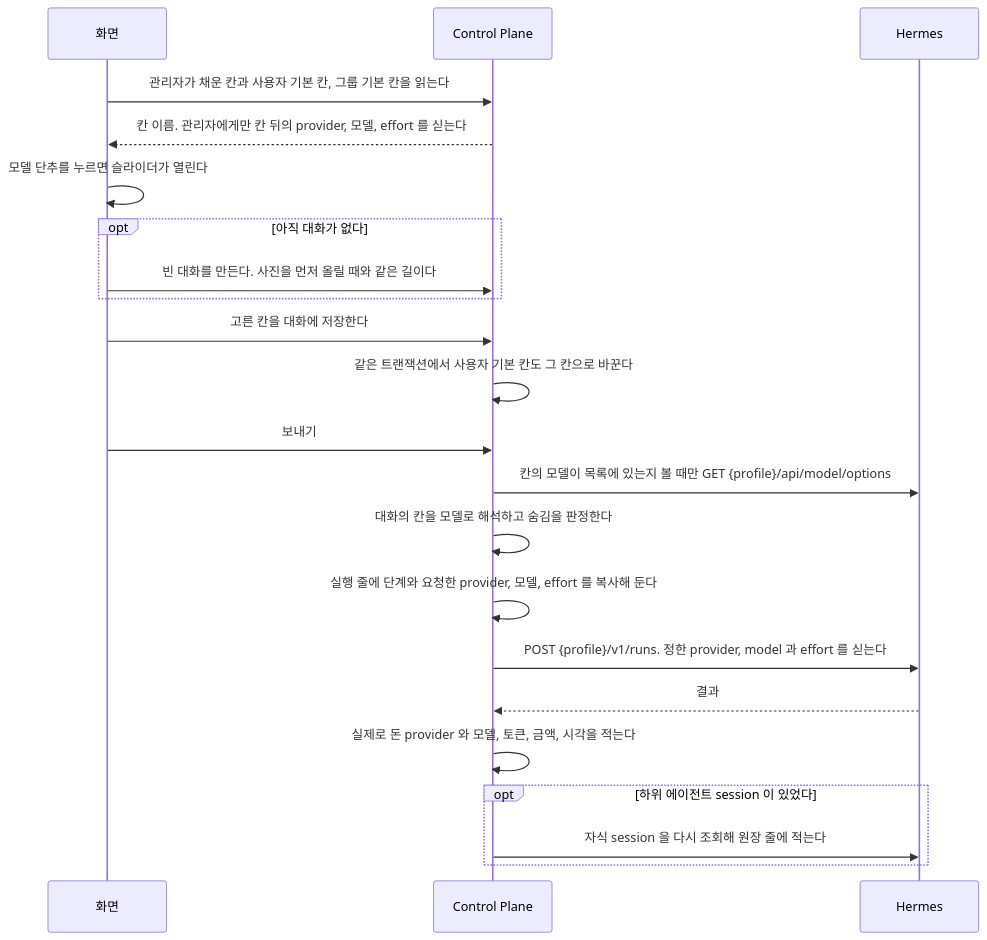
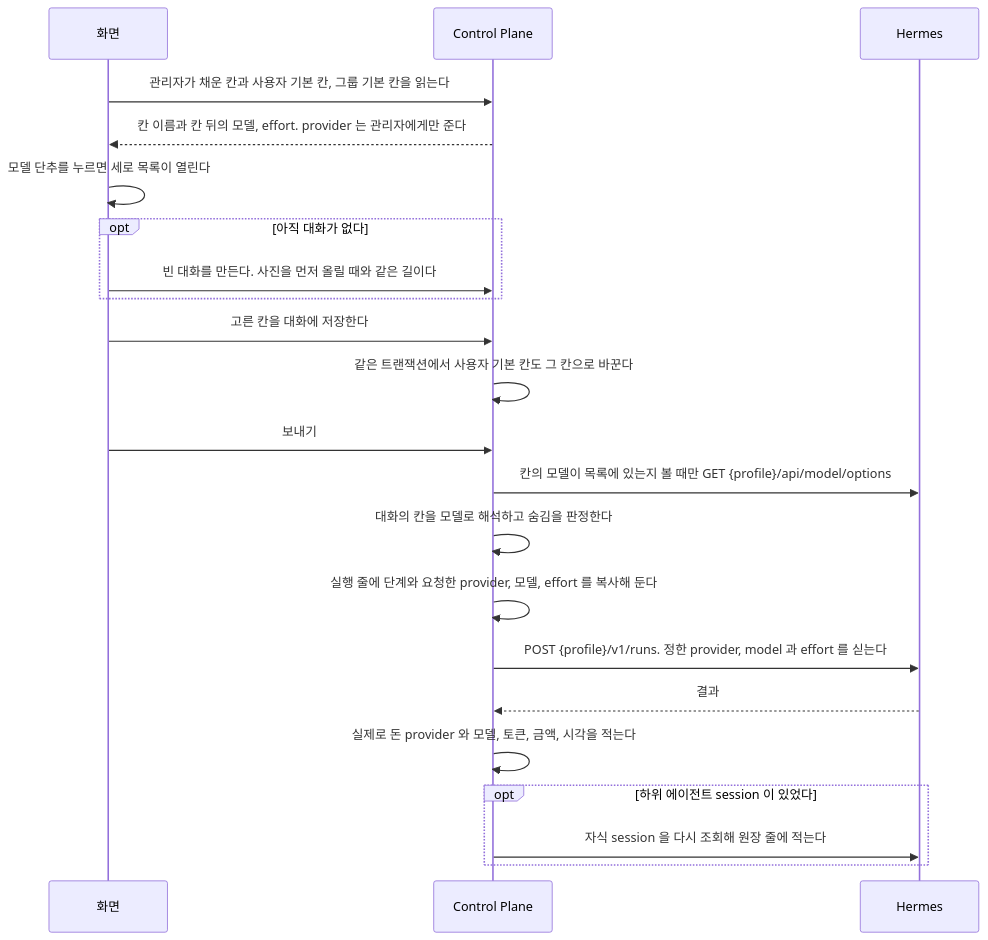
One commit to jon890/fos-assistant changed the diagram in docs/features/model-usage.md. Above: the diagram before and after it, drawn with Mermaid. The commit also changed other lines of this file and 6 other files, not shown here.

````diff
--- a/docs/features/model-usage.md
+++ b/docs/features/model-usage.md
@@ -33,25 +33,25 @@
 ```mermaid
 sequenceDiagram
     participant W as 화면
     participant C as Control Plane
     participant H as Hermes
 
     W->>C: 관리자가 채운 칸과 사용자 기본 칸, 그룹 기본 칸을 읽는다
-    C-->>W: 칸 이름. 관리자에게만 칸 뒤의 provider, 모델, effort 를 싣는다
-    W->>W: 모델 단추를 누르면 슬라이더가 열린다
+    C-->>W: 칸 이름과 칸 뒤의 모델, effort. provider 는 관리자에게만 준다
+    W->>W: 모델 단추를 누르면 세로 목록이 열린다
     opt 아직 대화가 없다
         W->>C: 빈 대화를 만든다. 사진을 먼저 올릴 때와 같은 길이다
     end
     W->>C: 고른 칸을 대화에 저장한다
     C->>C: 같은 트랜잭션에서 사용자 기본 칸도 그 칸으로 바꾼다
     W->>C: 보내기
     C->>H: 칸의 모델이 목록에 있는지 볼 때만 GET {profile}/api/model/options
     C->>C: 대화의 칸을 모델로 해석하고 숨김을 판정한다
     C->>C: 실행 줄에 단계와 요청한 provider, 모델, effort 를 복사해 둔다
     C->>H: POST {profile}/v1/runs. 정한 provider, model 과 effort 를 싣는다
     H-->>C: 결과
     C->>C: 실제로 돈 provider 와 모델, 토큰, 금액, 시각을 적는다
     opt 하위 에이전트 session 이 있었다
         C->>H: 자식 session 을 다시 조회해 원장 줄에 적는다
     end
 ```
````
